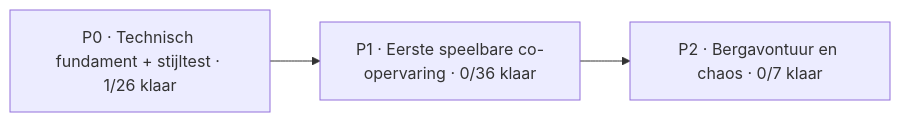
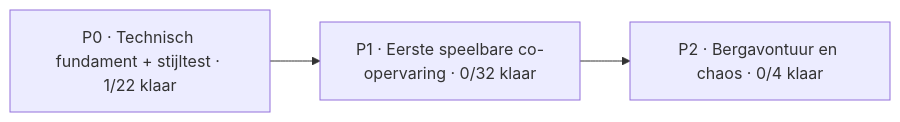
Before and after one commit to mlemson/conductor-chaos: the diagram in Docs/PROJECT_BOARD.md, drawn with Mermaid. The commit also changed other lines of this file, not shown here.

````diff
--- a/Docs/PROJECT_BOARD.md
+++ b/Docs/PROJECT_BOARD.md
@@ -13,7 +13,7 @@
 ```mermaid
 flowchart LR
-    P0["P0 · Technisch fundament + stijltest · 1/26 klaar"]
-    P1["P1 · Eerste speelbare co-opervaring · 0/36 klaar"]
-    P2["P2 · Bergavontuur en chaos · 0/7 klaar"]
+    P0["P0 · Technisch fundament + stijltest · 1/22 klaar"]
+    P1["P1 · Eerste speelbare co-opervaring · 0/32 klaar"]
+    P2["P2 · Bergavontuur en chaos · 0/4 klaar"]
     P0 --> P1 --> P2
 ```
````
